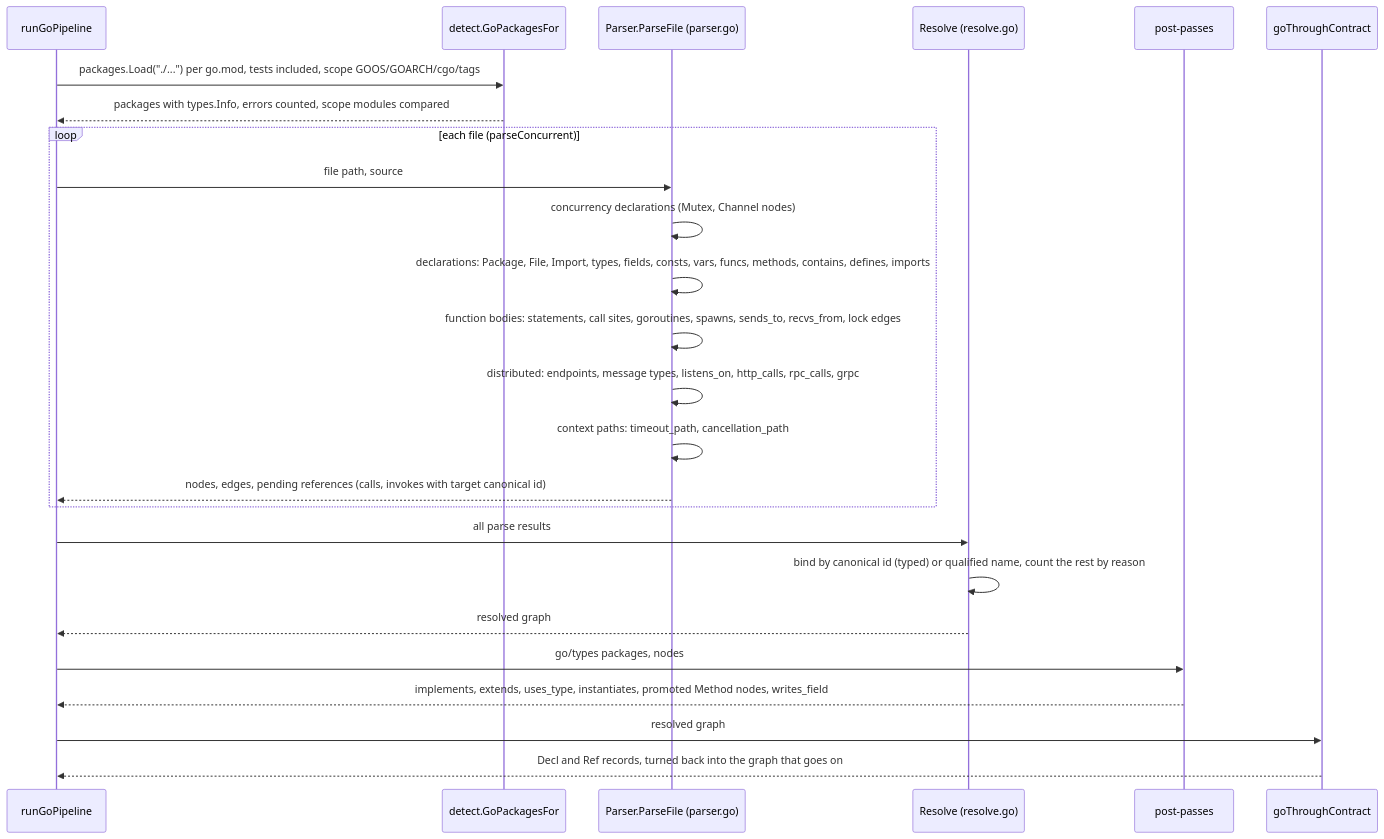
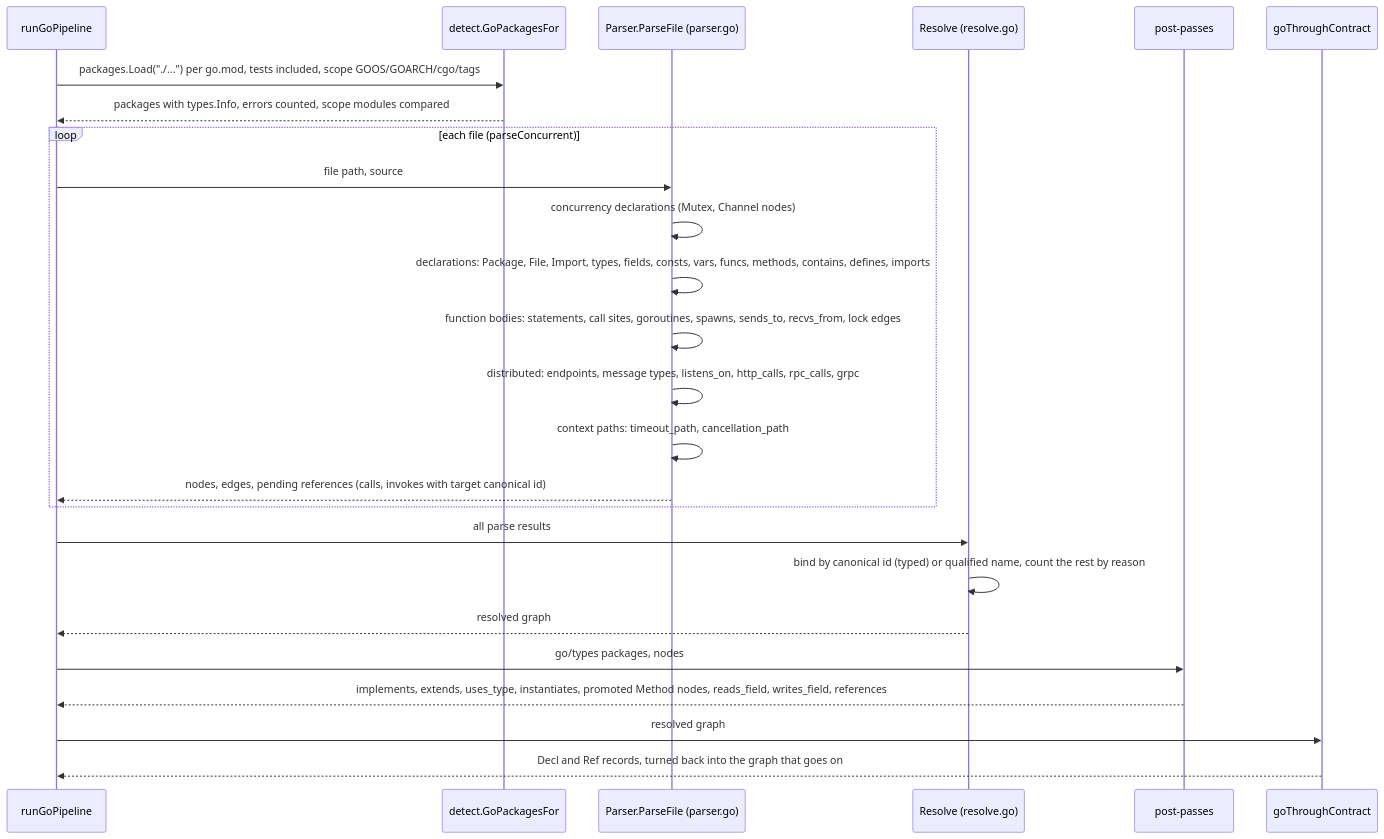
The fourth of 8 diagrams in docs/graph/CKG-STRUCTURE.md (0xmhha/knowledge-system), drawn with Mermaid before and after one commit. The commit also changed other lines of this file and 85 other files, not shown here.

````diff
--- a/docs/graph/CKG-STRUCTURE.md
+++ b/docs/graph/CKG-STRUCTURE.md
@@ -167,27 +167,27 @@
 ```mermaid
 sequenceDiagram
   participant R as runGoPipeline
   participant L as detect.GoPackagesFor
   participant F as Parser.ParseFile (parser.go)
   participant V as Resolve (resolve.go)
   participant X as post-passes
   participant K as goThroughContract
   R->>L: packages.Load("./...") per go.mod, tests included, scope GOOS/GOARCH/cgo/tags
   L-->>R: packages with types.Info, errors counted, scope modules compared
   loop each file (parseConcurrent)
     R->>F: file path, source
     F->>F: concurrency declarations (Mutex, Channel nodes)
     F->>F: declarations: Package, File, Import, types, fields, consts, vars, funcs, methods, contains, defines, imports
     F->>F: function bodies: statements, call sites, goroutines, spawns, sends_to, recvs_from, lock edges
     F->>F: distributed: endpoints, message types, listens_on, http_calls, rpc_calls, grpc
     F->>F: context paths: timeout_path, cancellation_path
     F-->>R: nodes, edges, pending references (calls, invokes with target canonical id)
   end
   R->>V: all parse results
   V->>V: bind by canonical id (typed) or qualified name, count the rest by reason
   V-->>R: resolved graph
   R->>X: go/types packages, nodes
-  X-->>R: implements, extends, uses_type, instantiates, promoted Method nodes, writes_field
+  X-->>R: implements, extends, uses_type, instantiates, promoted Method nodes, reads_field, writes_field, references
   R->>K: resolved graph
   K-->>R: Decl and Ref records, turned back into the graph that goes on
 ```
````
